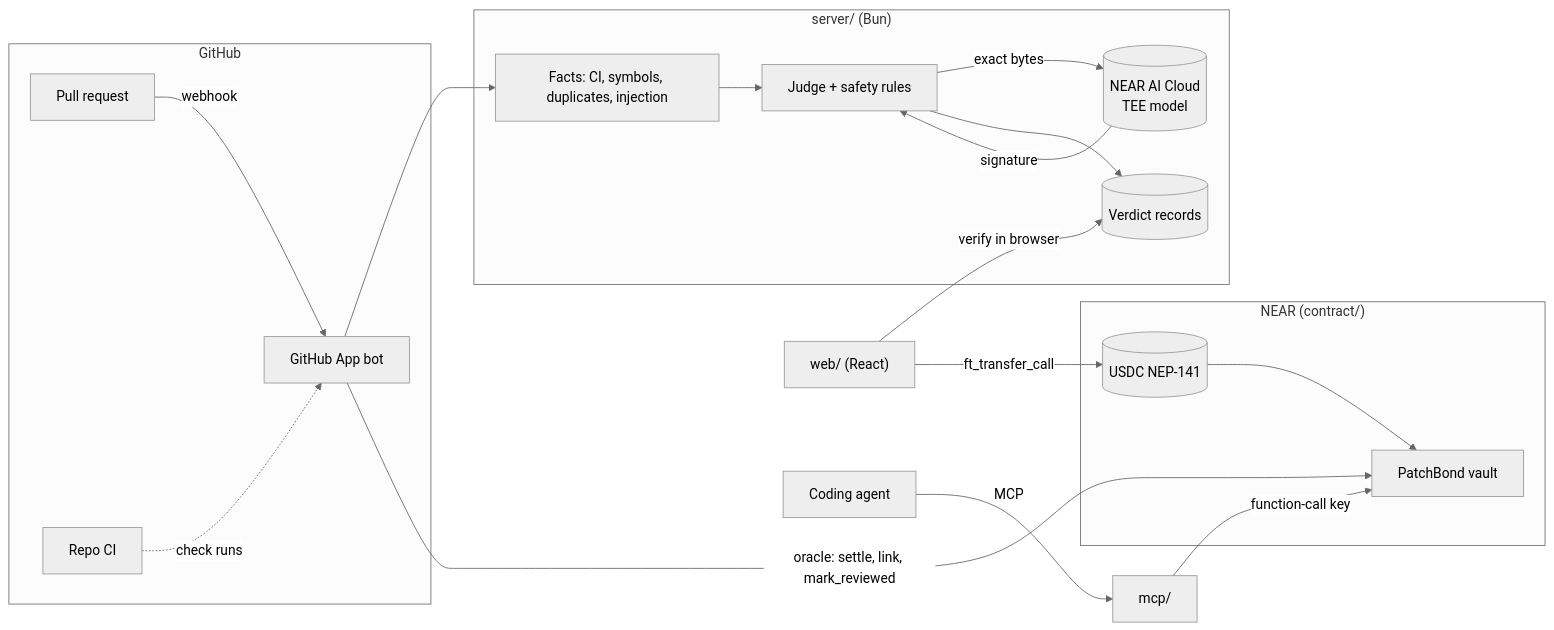
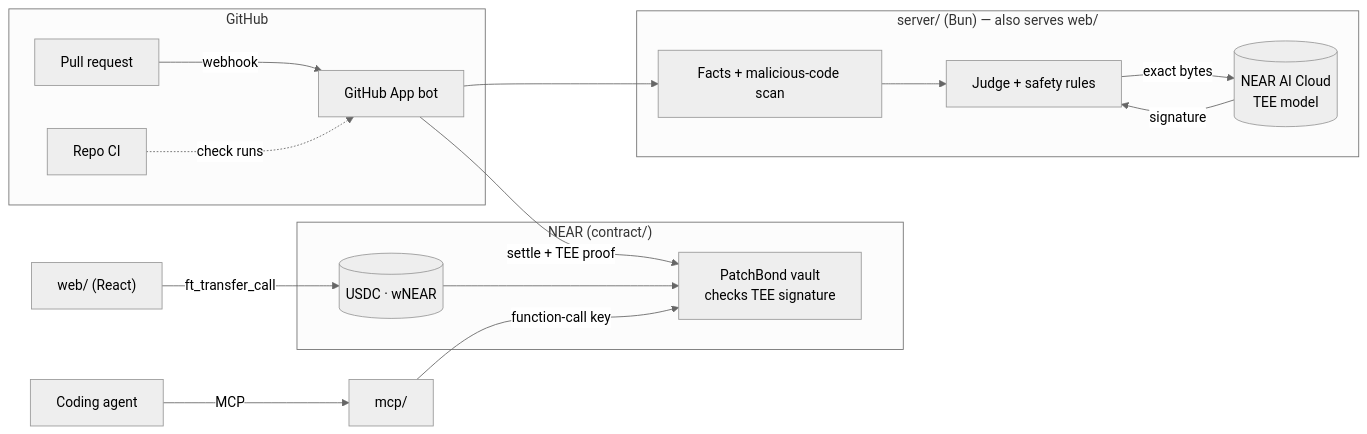
One commit to PatchBond/patchbond changed the diagram in README.md. Above: the diagram before and after it, drawn with Mermaid (neutral theme). The commit also changed other lines of this file and 3 other files, not shown here.

````diff
--- a/README.md
+++ b/README.md
@@ -153,22 +178,20 @@
 ```mermaid
 flowchart LR
   subgraph GitHub
     PR[Pull request] -->|webhook| BOT
     CI[Repo CI] -.check runs.-> BOT
   end
-  subgraph Server["server/ (Bun)"]
-    BOT[GitHub App bot] --> FACTS[Facts: CI, symbols, duplicates, injection]
+  subgraph Server["server/ (Bun) — also serves web/"]
+    BOT[GitHub App bot] --> FACTS[Facts + malicious-code scan]
     FACTS --> JUDGE[Judge + safety rules]
     JUDGE -->|exact bytes| NEARAI[(NEAR AI Cloud<br/>TEE model)]
     NEARAI -->|signature| JUDGE
-    JUDGE --> STORE[(Verdict records)]
   end
   subgraph NEAR["NEAR (contract/)"]
-    VAULT[PatchBond vault]
-    USDC[(USDC NEP-141)]
+    VAULT[PatchBond vault<br/>checks TEE signature]
+    TOK[(USDC · wNEAR)]
   end
-  WEB["web/ (React)"] -->|ft_transfer_call| USDC --> VAULT
-  BOT -->|oracle: settle, link, mark_reviewed| VAULT
-  WEB -->|verify in browser| STORE
+  WEB["web/ (React)"] -->|ft_transfer_call| TOK --> VAULT
+  BOT -->|settle + TEE proof| VAULT
   AGENT["Coding agent"] -->|MCP| MCP["mcp/"] -->|function-call key| VAULT
 ```
````
